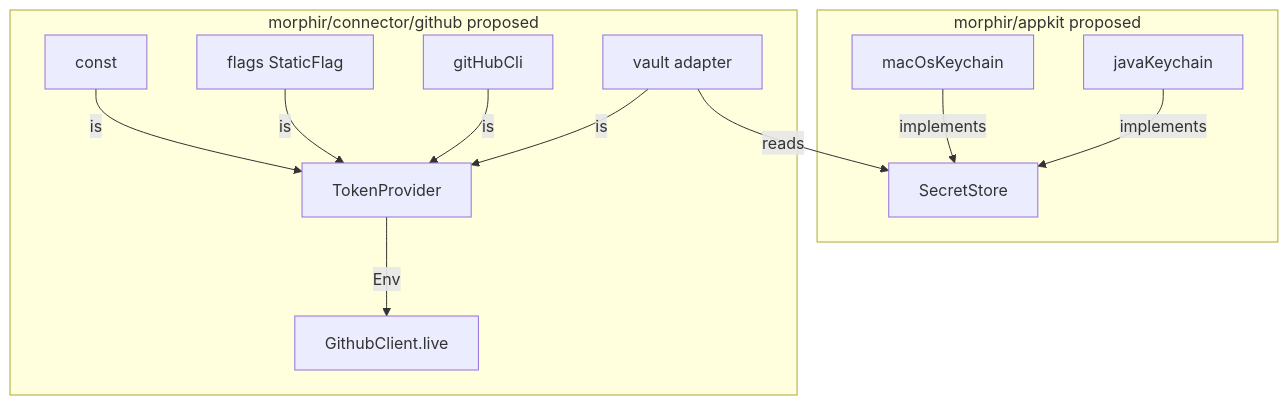
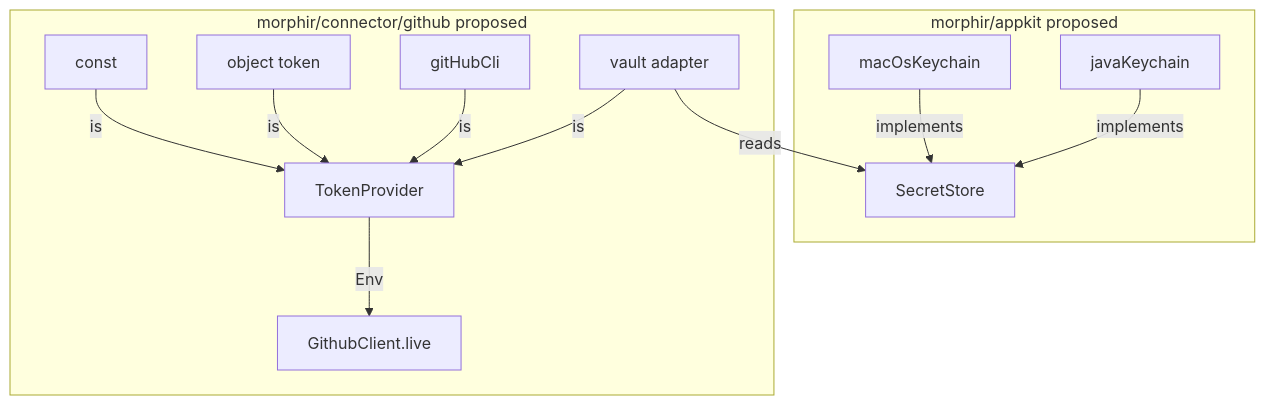
The diagram in kb/bundles/morphir/morphir-scala/design/github-token-providers-and-appkit-secrets.md (finos/morphir-scala), drawn with Mermaid before and after one commit. The commit also changed other lines of this file and 6 other files, not shown here.

````diff
--- a/kb/bundles/morphir/morphir-scala/design/github-token-providers-and-appkit-secrets.md
+++ b/kb/bundles/morphir/morphir-scala/design/github-token-providers-and-appkit-secrets.md
@@ -44,24 +44,24 @@
 ```mermaid
 flowchart TB
   subgraph appkit ["morphir/appkit proposed"]
     store["SecretStore"]
     macos["macOsKeychain"]
     java["javaKeychain"]
     macos -->|"implements"| store
     java -->|"implements"| store
   end
   subgraph github ["morphir/connector/github proposed"]
     tp["TokenProvider"]
     const["const"]
-    flags["flags StaticFlag"]
+    flags["object token"]
     gh["gitHubCli"]
     vault["vault adapter"]
     const -->|"is"| tp
     flags -->|"is"| tp
     gh -->|"is"| tp
     vault -->|"is"| tp
     vault -->|"reads"| store
     client["GithubClient.live"]
     tp -->|"Env"| client
   end
 ```
````
